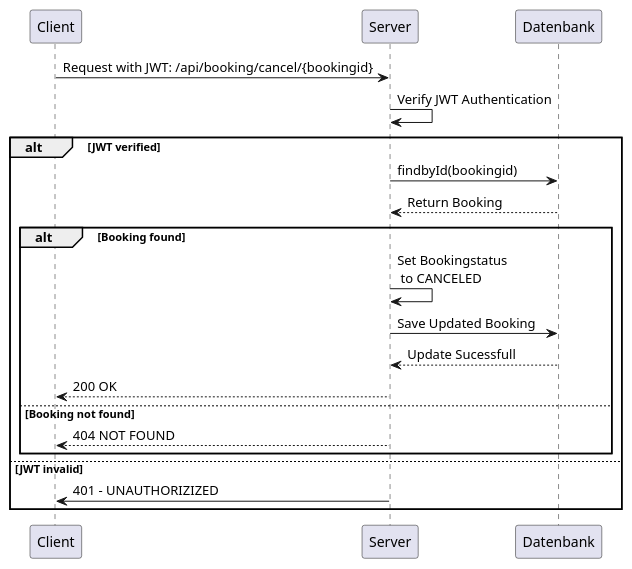
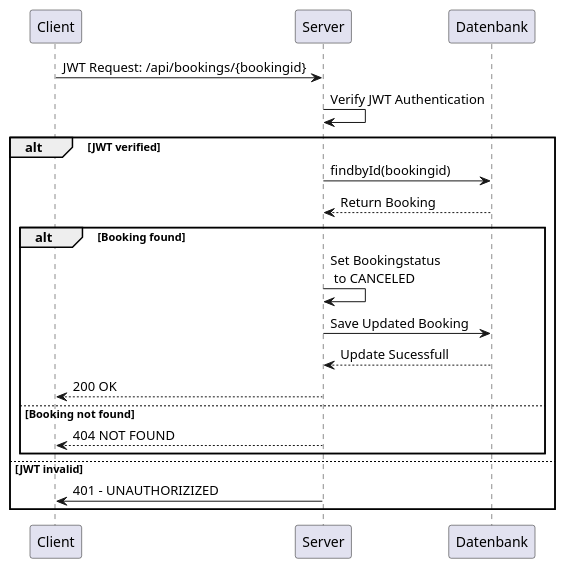
One commit to FlorianGubler/CoworkingSpaceManager changed the diagram in docs/charts/sequence_cancelbook.puml. Above: the diagram before and after it, drawn with PlantUML. The commit also changed 11 other files, not shown here.

```diff
--- a/docs/charts/sequence_cancelbook.puml
+++ b/docs/charts/sequence_cancelbook.puml
@@ -1,18 +1,18 @@
 @startuml
-Client -> Server: Request with JWT: /api/booking/cancel/{bookingid}
+Client -> Server: JWT Request: /api/bookings/{bookingid}
 Server -> Server: Verify JWT Authentication
 alt JWT verified
     Server -> Datenbank: findbyId(bookingid)
     Datenbank --> Server: Return Booking
     alt Booking found
         Server -> Server: Set Bookingstatus\n to CANCELED
         Server -> Datenbank: Save Updated Booking
         Datenbank --> Server: Update Sucessfull
         Server --> Client: 200 OK
     else Booking not found
         Server --> Client: 404 NOT FOUND
     end
 else JWT invalid
     Server -> Client: 401 - UNAUTHORIZIZED
 end
 @enduml
```
